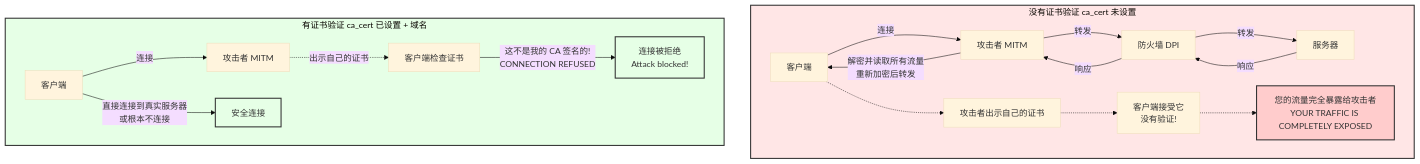
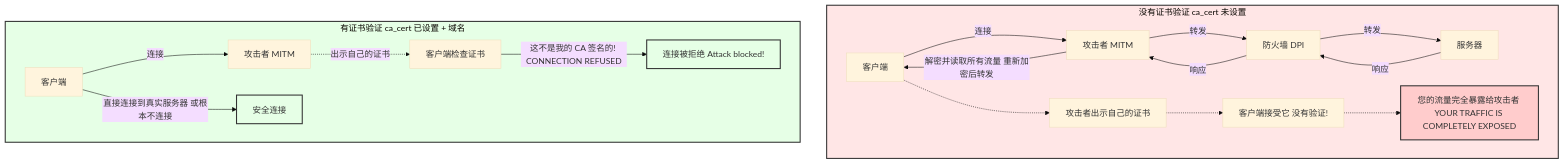
One commit to purpose168/smtp-tunnel-proxy changed diagram 11 of 12 in TECHNICAL.md. Above: the diagram before and after it, drawn with Mermaid (base theme). The commit also changed other lines of this file, not shown here.

First line of the commit message:
docs: 更新技术文档中的图表格式和内容

````diff
--- a/TECHNICAL.md
+++ b/TECHNICAL.md
@@ -501,32 +501,32 @@
 ```mermaid
 graph TB
     subgraph Without["没有证书验证 ca_cert 未设置"]
         A[客户端] -->|连接| B[攻击者 MITM]
         B -->|转发| C[防火墙 DPI]
         C -->|转发| D[服务器]
         D -->|响应| C
         C -->|响应| B
-        B -->|解密并读取所有流量<br/>重新加密后转发| A
+        B -->|"解密并读取所有流量 重新加密后转发"| A
         
         E[攻击者出示自己的证书]
-        F[客户端接受它<br/>没有验证!]
-        G[您的流量完全暴露给攻击者<br/>YOUR TRAFFIC IS COMPLETELY EXPOSED]
+        F["客户端接受它 没有验证!"]
+        G["您的流量完全暴露给攻击者 YOUR TRAFFIC IS COMPLETELY EXPOSED"]
         
         A -.-> E
         E -.-> F
         F -.-> G
     end
 
     subgraph With["有证书验证 ca_cert 已设置 + 域名"]
         H[客户端] -->|连接| I[攻击者 MITM]
         I -.->|出示自己的证书| J[客户端检查证书]
-        J -->|这不是我的 CA 签名的!<br/>CONNECTION REFUSED| K[连接被拒绝<br/>Attack blocked!]
-        H -->|直接连接到真实服务器<br/>或根本不连接| L[安全连接]
+        J -->|"这不是我的 CA 签名的! CONNECTION REFUSED"| K["连接被拒绝 Attack blocked!"]
+        H -->|"直接连接到真实服务器 或根本不连接"| L[安全连接]
     end
 
     style Without fill:#ffe6e6,stroke:#333,stroke-width:2px
     style With fill:#e6ffe6,stroke:#333,stroke-width:2px
     style G fill:#ffcccc,stroke:#333,stroke-width:2px
     style K fill:#e6ffe6,stroke:#333,stroke-width:2px
     style L fill:#e6ffe6,stroke:#333,stroke-width:2px
 ```
````
